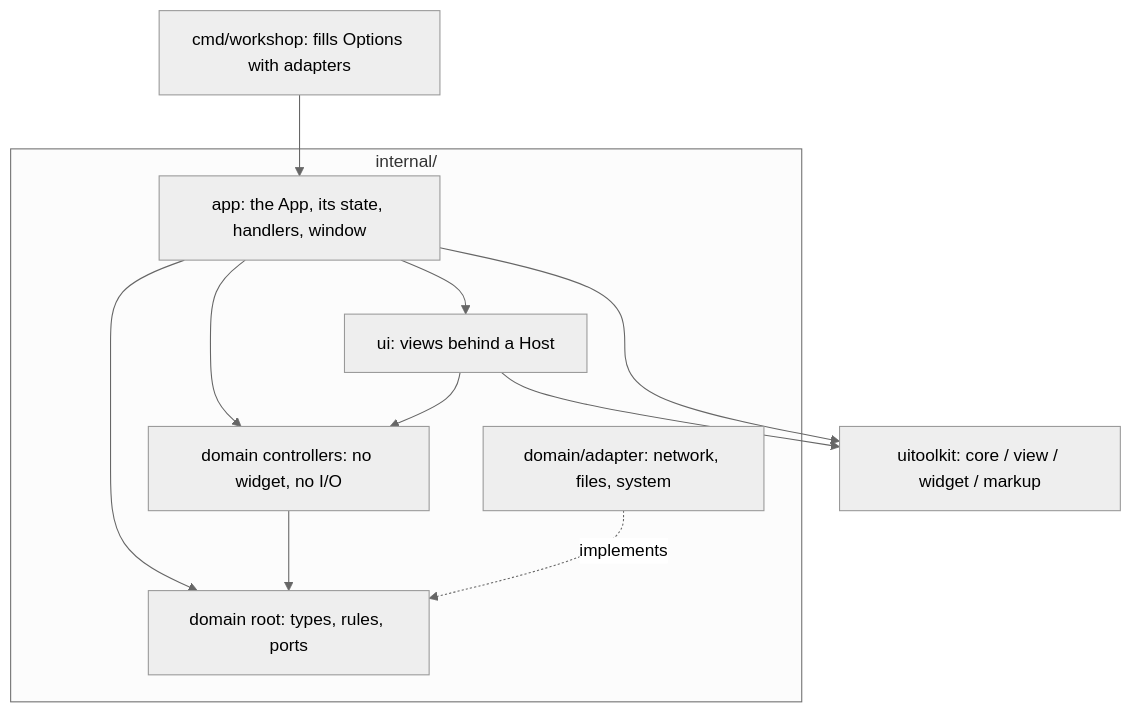
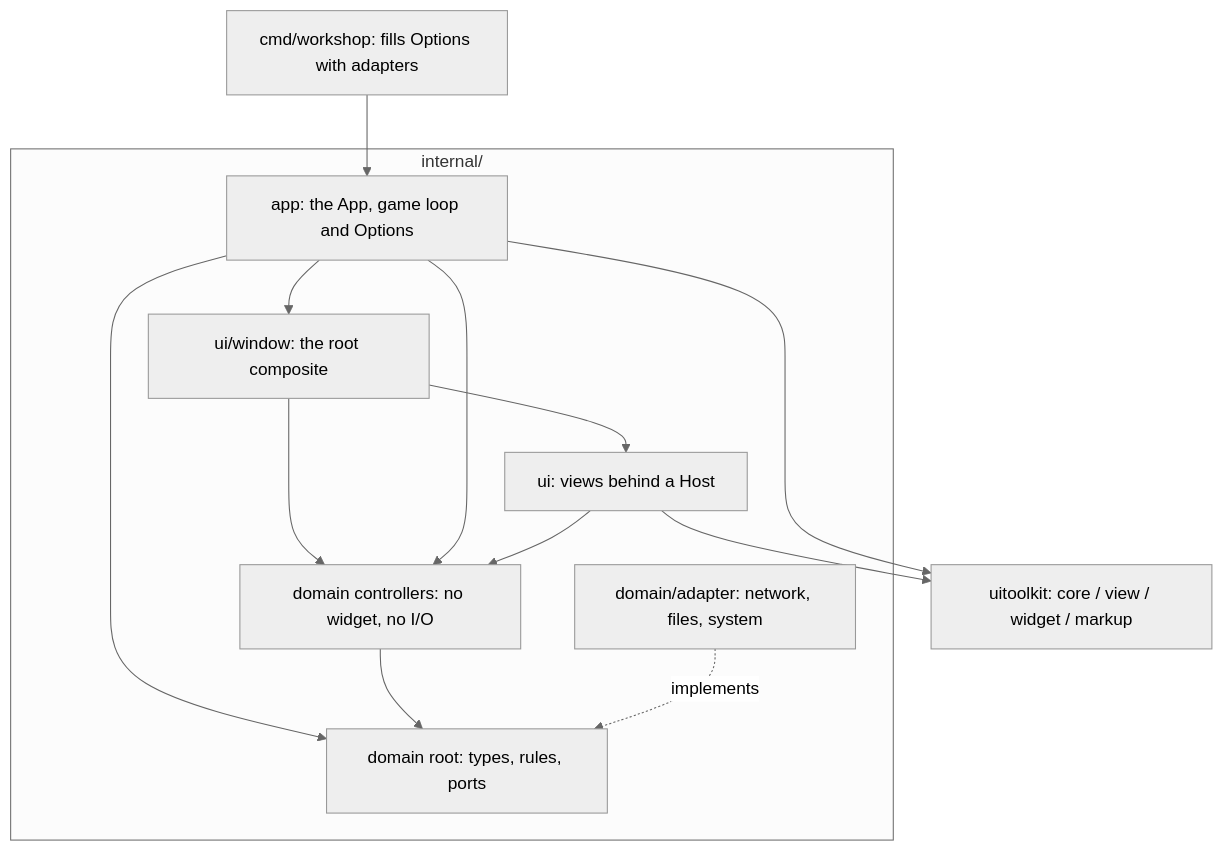
Before and after one commit to gascoigne-ai/gascoigne-workshop: the diagram in .harness/overview.md, drawn with Mermaid (neutral theme). The commit also changed other lines of this file and 8 other files, not shown here.

First line of the commit message:
docs(arch): architecture docs describe app, window and components

````diff
--- a/.harness/overview.md
+++ b/.harness/overview.md
@@ -37,15 +37,18 @@
 ```mermaid
 flowchart TB
   cmd["cmd/workshop: fills Options with adapters"] --> app
   subgraph internal["internal/"]
-    app["app: the App, its state, handlers, window"]
+    app["app: the App, game loop and Options"]
+    win["ui/window: the root composite"]
     ui["ui: views behind a Host"]
     ctl["domain controllers: no widget, no I/O"]
     root["domain root: types, rules, ports"]
     adapter["domain/adapter: network, files, system"]
   end
-  app --> ui & ctl & root
+  app --> win --> ui
+  win --> ctl
+  app --> ctl & root
   ui --> ctl --> root
   adapter -. implements .-> root
   ui & app --> toolkit["uitoolkit: core / view / widget / markup"]
 ```
````
